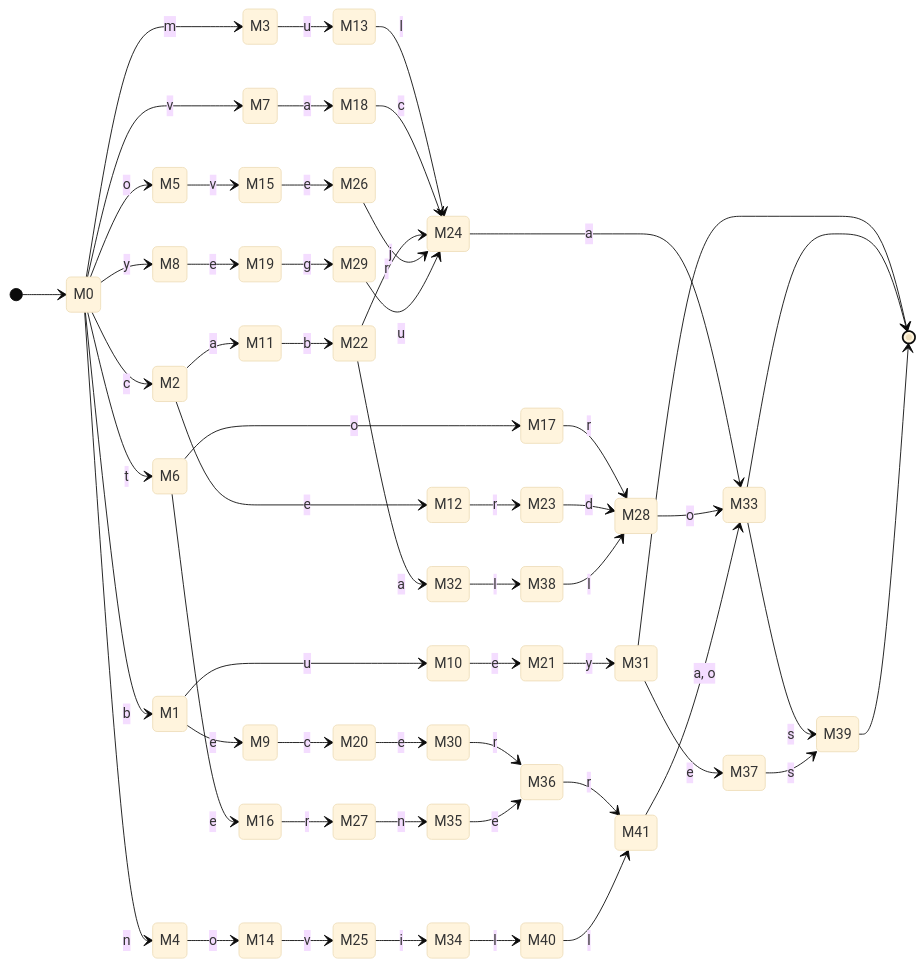
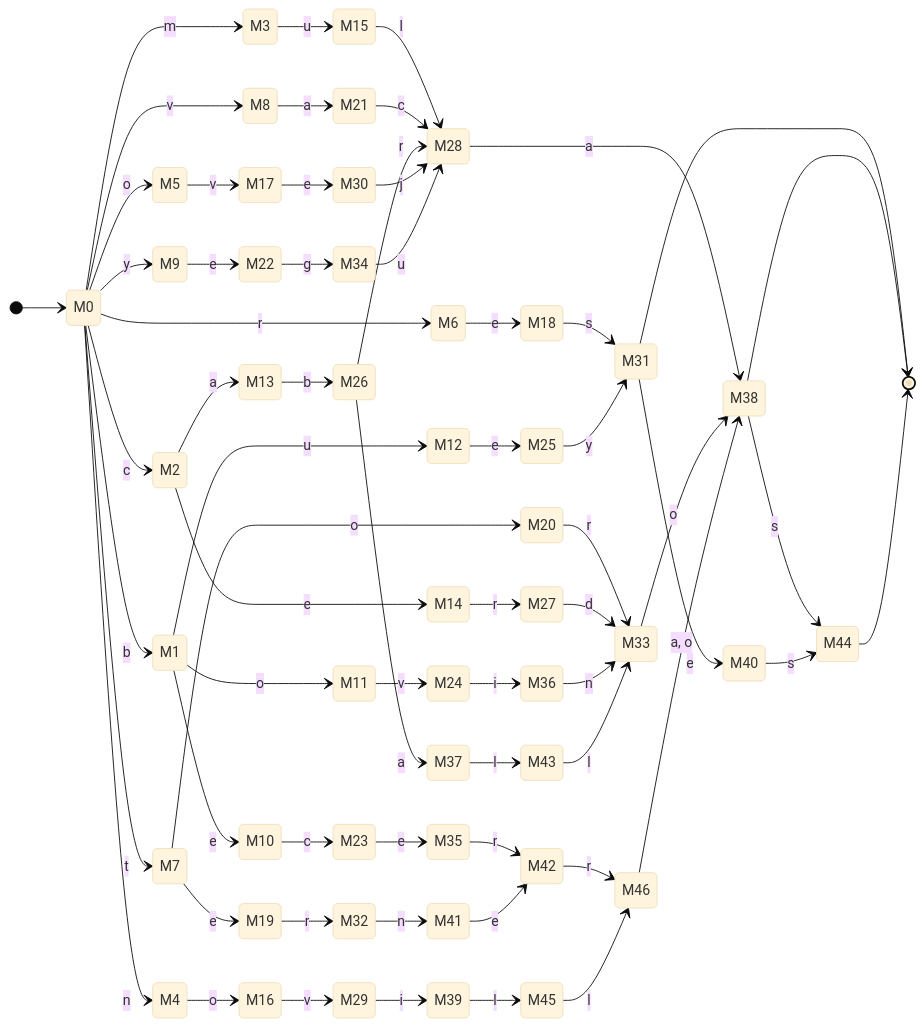
Diagram 11 of 13 in docs/automatas.md (Brokenearth/contratosPorVoz), drawn with Mermaid (base theme) before and after one commit. The commit also changed other lines of this file and 3 other files, not shown here.

Commit message:
docs: regenera ejemplos y diagramas desde el código actual

````diff
--- a/docs/automatas.md
+++ b/docs/automatas.md
@@ -1292,60 +1332,67 @@
 ```mermaid
 stateDiagram-v2
   direction LR
   [*] --> M0
   M0 --> M1: b
   M0 --> M2: c
   M0 --> M3: m
   M0 --> M4: n
   M0 --> M5: o
-  M0 --> M6: t
-  M0 --> M7: v
-  M0 --> M8: y
-  M1 --> M9: e
-  M1 --> M10: u
-  M2 --> M11: a
-  M2 --> M12: e
-  M3 --> M13: u
-  M4 --> M14: o
-  M5 --> M15: v
-  M6 --> M16: e
-  M6 --> M17: o
-  M7 --> M18: a
-  M8 --> M19: e
-  M9 --> M20: c
-  M10 --> M21: e
-  M11 --> M22: b
-  M12 --> M23: r
-  M13 --> M24: l
-  M14 --> M25: v
-  M15 --> M26: e
-  M16 --> M27: r
-  M17 --> M28: r
-  M18 --> M24: c
-  M19 --> M29: g
-  M20 --> M30: e
-  M21 --> M31: y
-  M22 --> M32: a
-  M22 --> M24: r
-  M23 --> M28: d
-  M24 --> M33: a
-  M25 --> M34: i
-  M26 --> M24: j
-  M27 --> M35: n
-  M28 --> M33: o
-  M29 --> M24: u
-  M30 --> M36: r
-  M31 --> M37: e
-  M32 --> M38: l
-  M33 --> M39: s
-  M34 --> M40: l
-  M35 --> M36: e
-  M36 --> M41: r
-  M37 --> M39: s
-  M38 --> M28: l
-  M40 --> M41: l
-  M41 --> M33: a, o
+  M0 --> M6: r
+  M0 --> M7: t
+  M0 --> M8: v
+  M0 --> M9: y
+  M1 --> M10: e
+  M1 --> M11: o
+  M1 --> M12: u
+  M2 --> M13: a
+  M2 --> M14: e
+  M3 --> M15: u
+  M4 --> M16: o
+  M5 --> M17: v
+  M6 --> M18: e
+  M7 --> M19: e
+  M7 --> M20: o
+  M8 --> M21: a
+  M9 --> M22: e
+  M10 --> M23: c
+  M11 --> M24: v
+  M12 --> M25: e
+  M13 --> M26: b
+  M14 --> M27: r
+  M15 --> M28: l
+  M16 --> M29: v
+  M17 --> M30: e
+  M18 --> M31: s
+  M19 --> M32: r
+  M20 --> M33: r
+  M21 --> M28: c
+  M22 --> M34: g
+  M23 --> M35: e
+  M24 --> M36: i
+  M25 --> M31: y
+  M26 --> M37: a
+  M26 --> M28: r
+  M27 --> M33: d
+  M28 --> M38: a
+  M29 --> M39: i
+  M30 --> M28: j
+  M31 --> M40: e
+  M32 --> M41: n
+  M33 --> M38: o
+  M34 --> M28: u
+  M35 --> M42: r
+  M36 --> M33: n
+  M37 --> M43: l
+  M38 --> M44: s
+  M39 --> M45: l
+  M40 --> M44: s
+  M41 --> M42: e
+  M42 --> M46: r
+  M43 --> M33: l
+  M45 --> M46: l
+  M46 --> M38: a, o
   M31 --> [*]
-  M33 --> [*]
-  M39 --> [*]
+  M38 --> [*]
+  M44 --> [*]
 ```
````
